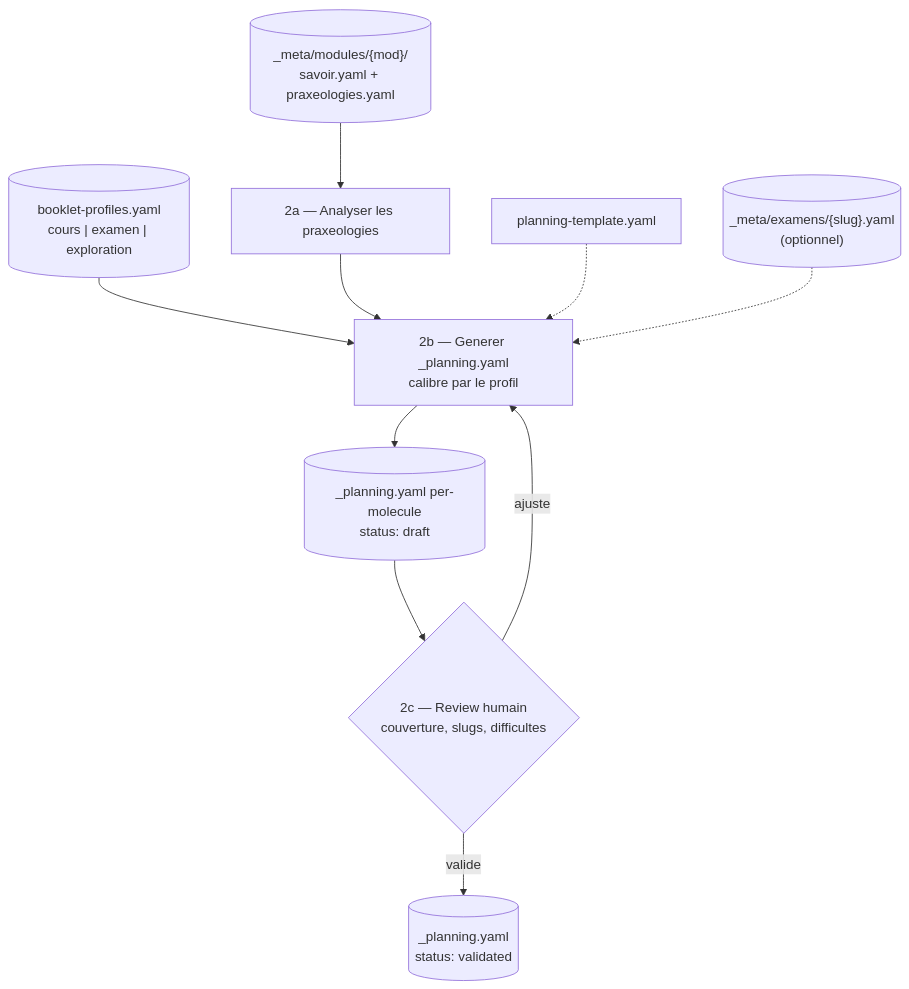
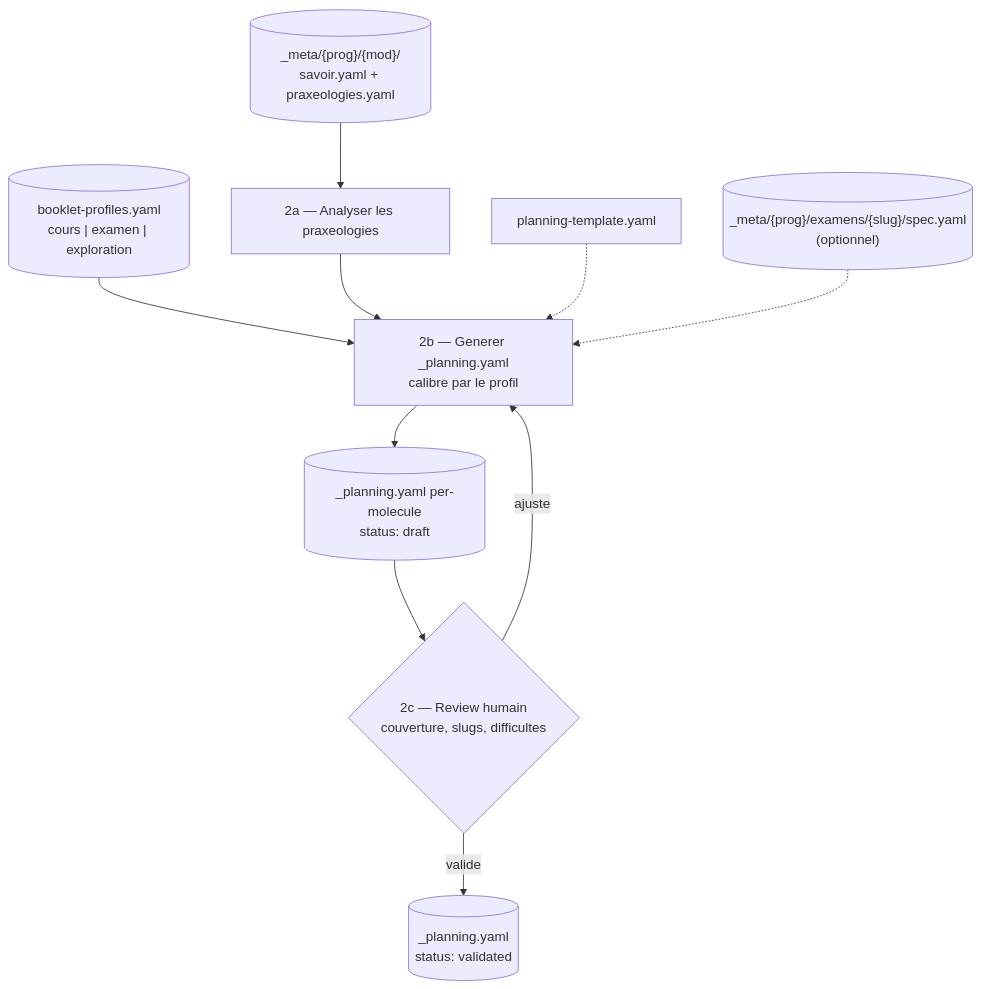
One commit to bilalYezzaGit/learning-web changed the fifth of 8 diagrams in docs/content-agentic-workflow.md. Above: the diagram before and after it, drawn with Mermaid. The commit also changed other lines of this file and 36 other files, not shown here.

````diff
--- a/docs/content-agentic-workflow.md
+++ b/docs/content-agentic-workflow.md
@@ -219,12 +220,12 @@
 ```mermaid
 flowchart TD
-    KB[("_meta/modules/{mod}/\nsavoir.yaml + praxeologies.yaml")] --> Analyse["2a — Analyser les praxeologies"]
+    KB[("_meta/{prog}/{mod}/\nsavoir.yaml + praxeologies.yaml")] --> Analyse["2a — Analyser les praxeologies"]
     PROF[("booklet-profiles.yaml\ncours | examen | exploration")] --> Gen
     Analyse --> Gen["2b — Generer _planning.yaml\ncalibre par le profil"]
     TPL["planning-template.yaml"] -.-> Gen
-    EXAM[("_meta/examens/{slug}.yaml\n(optionnel)")] -.-> Gen
+    EXAM[("_meta/{prog}/examens/{slug}/spec.yaml\n(optionnel)")] -.-> Gen
     Gen --> PlanD[("_planning.yaml per-molecule\nstatus: draft")]
     PlanD --> Review{"2c — Review humain\ncouverture, slugs, difficultes"}
     Review -->|"ajuste"| Gen
     Review -->|"valide"| PlanV[("_planning.yaml\nstatus: validated")]
 ```
````
